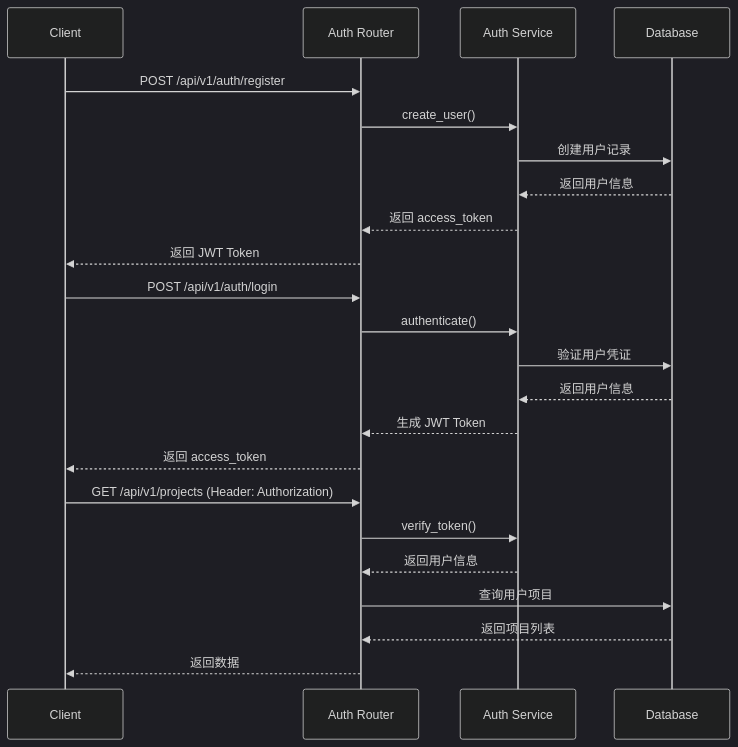
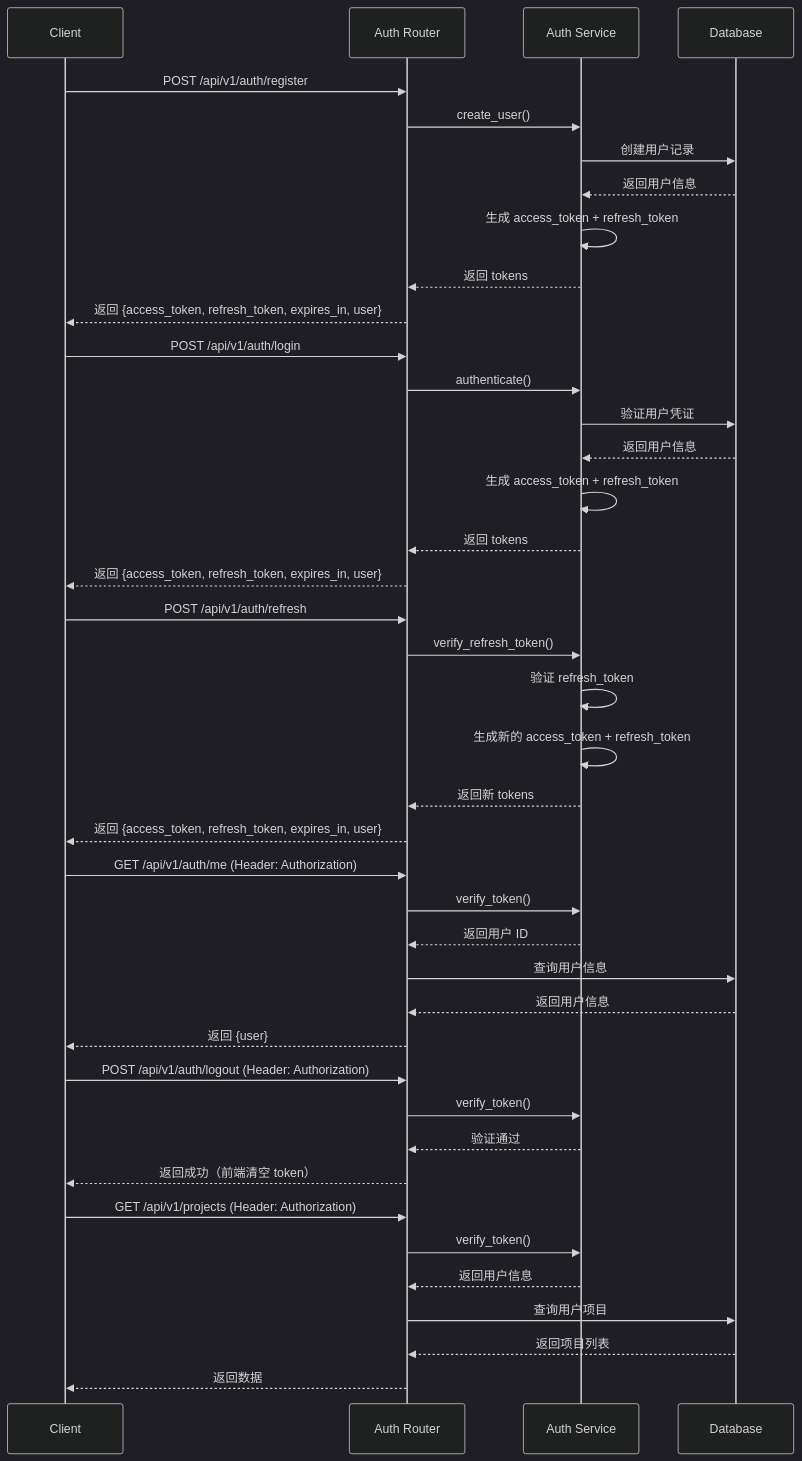
The diagram in docs/architecture/backend/authentication.md (ln-one/Spectra), drawn with Mermaid (dark theme) before and after one commit. The commit also changed other lines of this file and 5 other files, not shown here.

First line of the commit message:
docs(architecture): 同步架构文档与 OpenAPI 规范

````diff
--- a/docs/architecture/backend/authentication.md
+++ b/docs/architecture/backend/authentication.md
@@ -9,28 +9,49 @@
 ```mermaid
 sequenceDiagram
     participant C as Client
     participant A as Auth Router
     participant S as Auth Service
     participant D as Database
 
     C->>A: POST /api/v1/auth/register
     A->>S: create_user()
     S->>D: 创建用户记录
     D-->>S: 返回用户信息
-    S-->>A: 返回 access_token
-    A-->>C: 返回 JWT Token
+    S->>S: 生成 access_token + refresh_token
+    S-->>A: 返回 tokens
+    A-->>C: 返回 {access_token, refresh_token, expires_in, user}
 
     C->>A: POST /api/v1/auth/login
     A->>S: authenticate()
     S->>D: 验证用户凭证
     D-->>S: 返回用户信息
-    S-->>A: 生成 JWT Token
-    A-->>C: 返回 access_token
+    S->>S: 生成 access_token + refresh_token
+    S-->>A: 返回 tokens
+    A-->>C: 返回 {access_token, refresh_token, expires_in, user}
+
+    C->>A: POST /api/v1/auth/refresh
+    A->>S: verify_refresh_token()
+    S->>S: 验证 refresh_token
+    S->>S: 生成新的 access_token + refresh_token
+    S-->>A: 返回新 tokens
+    A-->>C: 返回 {access_token, refresh_token, expires_in, user}
+
+    C->>A: GET /api/v1/auth/me (Header: Authorization)
+    A->>S: verify_token()
+    S-->>A: 返回用户 ID
+    A->>D: 查询用户信息
+    D-->>A: 返回用户信息
+    A-->>C: 返回 {user}
+
+    C->>A: POST /api/v1/auth/logout (Header: Authorization)
+    A->>S: verify_token()
+    S-->>A: 验证通过
+    A-->>C: 返回成功（前端清空 token）
 
     C->>A: GET /api/v1/projects (Header: Authorization)
     A->>S: verify_token()
     S-->>A: 返回用户信息
     A->>D: 查询用户项目
     D-->>A: 返回项目列表
     A-->>C: 返回数据
 ```
````
